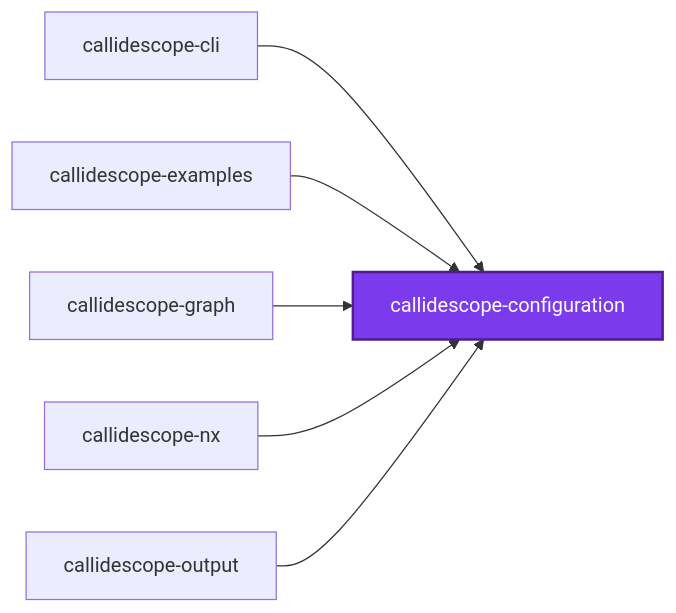
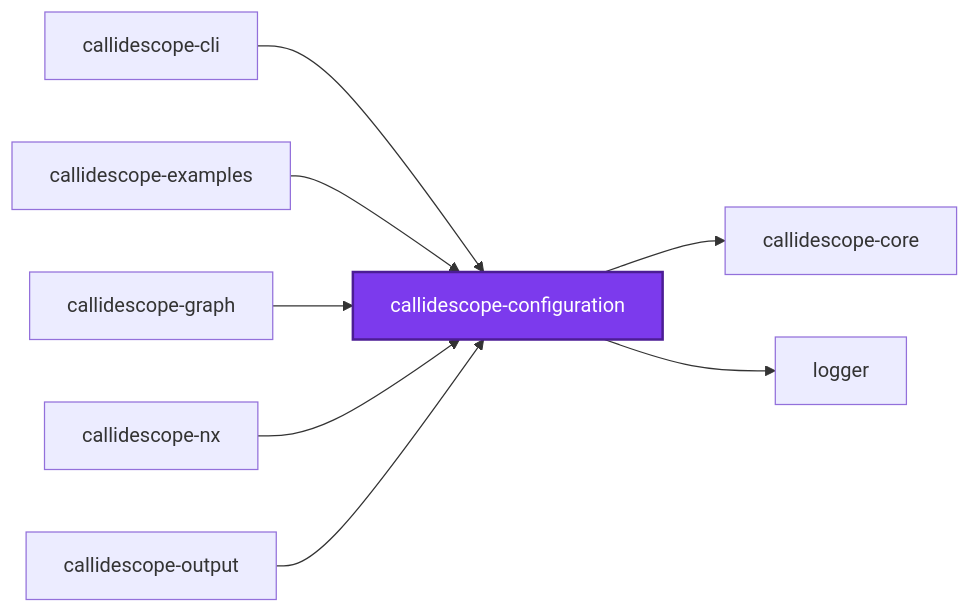
The first of 3 diagrams in packages/ic-suite/callidescope/callidescope-configuration/README.md (JimmyPaolini/codebase), drawn with Mermaid before and after one commit. The commit also changed other lines of this file and 165 other files, not shown here.

First line of the commit message:
refactor(callidescope,configuration,dependencies): ♻️ put callidescope on the five-layer spine (#917)

````diff
--- a/packages/ic-suite/callidescope/callidescope-configuration/README.md
+++ b/packages/ic-suite/callidescope/callidescope-configuration/README.md
@@ -663,16 +663,20 @@
 ```mermaid
 graph LR
   callidescope_cli["callidescope-cli"]
   callidescope_configuration["callidescope-configuration"]
+  callidescope_core["callidescope-core"]
   callidescope_examples["callidescope-examples"]
   callidescope_graph["callidescope-graph"]
   callidescope_nx["callidescope-nx"]
   callidescope_output["callidescope-output"]
+  logger["logger"]
   callidescope_cli --> callidescope_configuration
+  callidescope_configuration --> callidescope_core
+  callidescope_configuration --> logger
   callidescope_examples --> callidescope_configuration
   callidescope_graph --> callidescope_configuration
   callidescope_nx --> callidescope_configuration
   callidescope_output --> callidescope_configuration
   classDef subject fill:#7c3aed,color:#fff,stroke:#4c1d95,stroke-width:2px
   class callidescope_configuration subject
 ```
````
